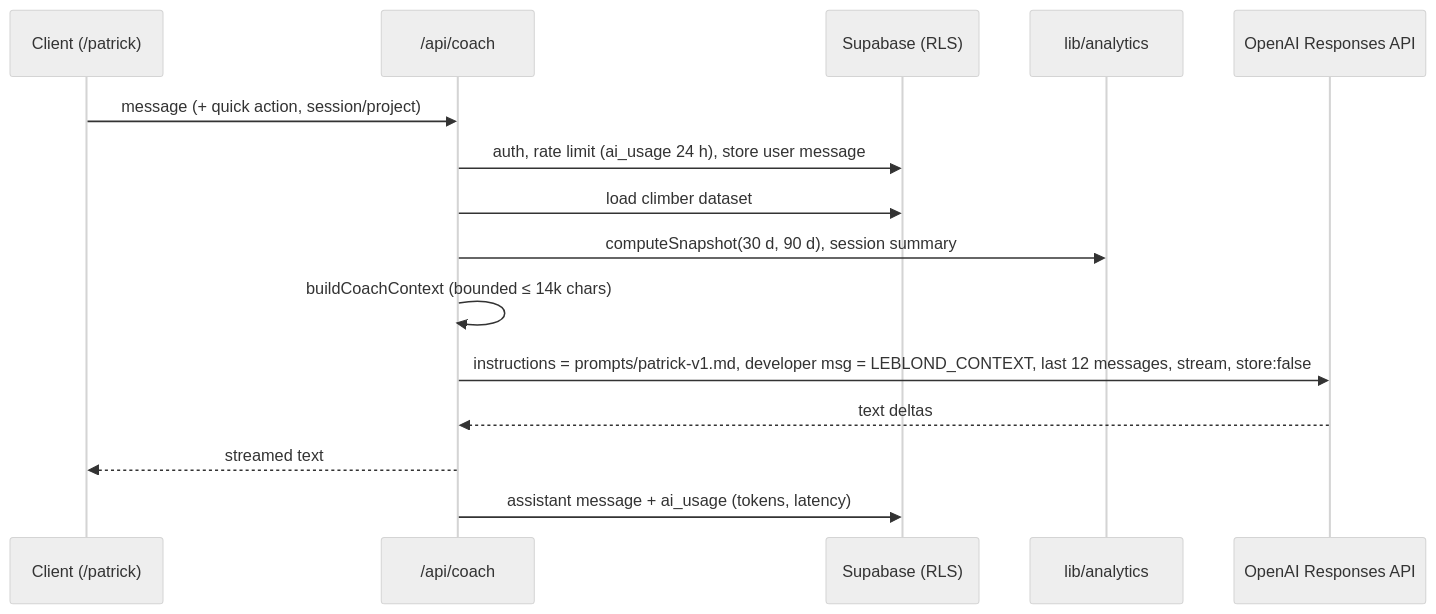
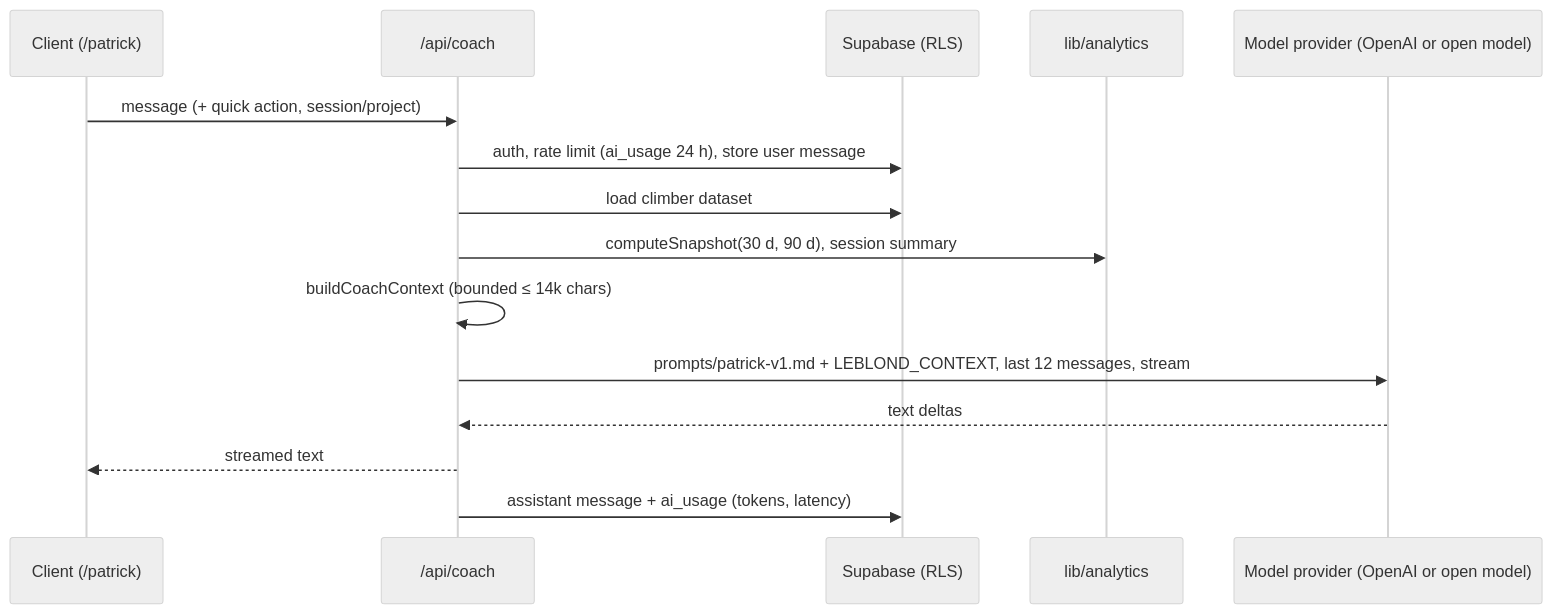
The diagram in docs/ai-coach.md (opedoussaut/leblond), drawn with Mermaid (neutral theme) before and after one commit. The commit also changed other lines of this file and 13 other files, not shown here.

````diff
--- a/docs/ai-coach.md
+++ b/docs/ai-coach.md
@@ -5,17 +5,17 @@
 ```mermaid
 sequenceDiagram
   participant C as Client (/patrick)
   participant R as /api/coach
   participant DB as Supabase (RLS)
   participant A as lib/analytics
-  participant O as OpenAI Responses API
+  participant O as Model provider (OpenAI or open model)
   C->>R: message (+ quick action, session/project)
   R->>DB: auth, rate limit (ai_usage 24 h), store user message
   R->>DB: load climber dataset
   R->>A: computeSnapshot(30 d, 90 d), session summary
   R->>R: buildCoachContext (bounded ≤ 14k chars)
-  R->>O: instructions = prompts/patrick-v1.md, developer msg = LEBLOND_CONTEXT, last 12 messages, stream, store:false
+  R->>O: prompts/patrick-v1.md + LEBLOND_CONTEXT, last 12 messages, stream
   O-->>R: text deltas
   R-->>C: streamed text
   R->>DB: assistant message + ai_usage (tokens, latency)
 ```
````
